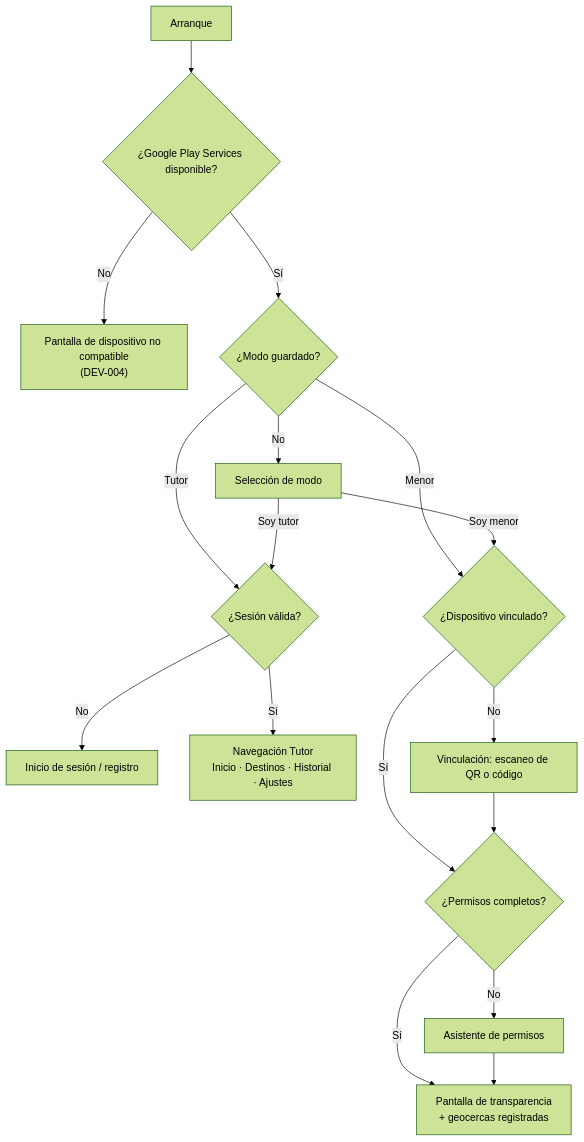
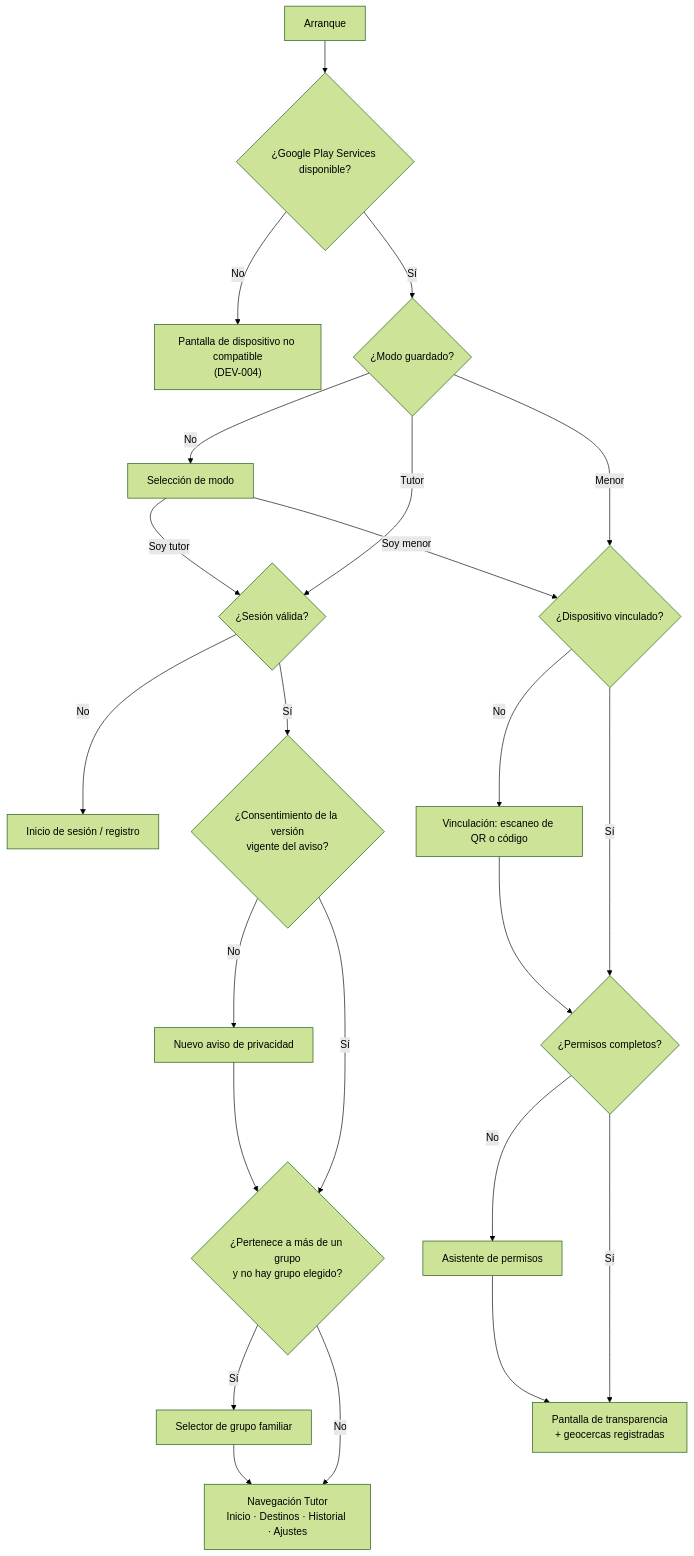
The sixth of 12 diagrams in docs/sdd/SDD-SafeRoute.md (darvysoriano/saferoute-app), drawn with Mermaid (forest theme) before and after one commit. The commit also changed other lines of this file and 5 other files, not shown here.

````diff
--- a/docs/sdd/SDD-SafeRoute.md
+++ b/docs/sdd/SDD-SafeRoute.md
@@ -645,19 +661,25 @@
 ```mermaid
 flowchart TD
     A["Arranque"] --> P{"¿Google Play Services disponible?"}
     P -- "No" --> X["Pantalla de dispositivo no compatible<br/>(DEV-004)"]
     P -- "Sí" --> B{"¿Modo guardado?"}
     B -- "No" --> C["Selección de modo"]
     B -- "Tutor" --> D{"¿Sesión válida?"}
     B -- "Menor" --> E{"¿Dispositivo vinculado?"}
     C -- "Soy tutor" --> D
     C -- "Soy menor" --> E
     D -- "No" --> F["Inicio de sesión / registro"]
-    D -- "Sí" --> G["Navegación Tutor<br/>Inicio · Destinos · Historial · Ajustes"]
+    D -- "Sí" --> CS{"¿Consentimiento de la versión<br/>vigente del aviso?"}
+    CS -- "No" --> CN["Nuevo aviso de privacidad"]
+    CS -- "Sí" --> GS{"¿Pertenece a más de un grupo<br/>y no hay grupo elegido?"}
+    CN --> GS
+    GS -- "Sí" --> GP["Selector de grupo familiar"]
+    GS -- "No" --> G["Navegación Tutor<br/>Inicio · Destinos · Historial · Ajustes"]
+    GP --> G
     E -- "No" --> H["Vinculación: escaneo de QR o código"]
     E -- "Sí" --> I{"¿Permisos completos?"}
     H --> I
     I -- "No" --> J["Asistente de permisos"]
     I -- "Sí" --> K["Pantalla de transparencia<br/>+ geocercas registradas"]
     J --> K
 ```
````
